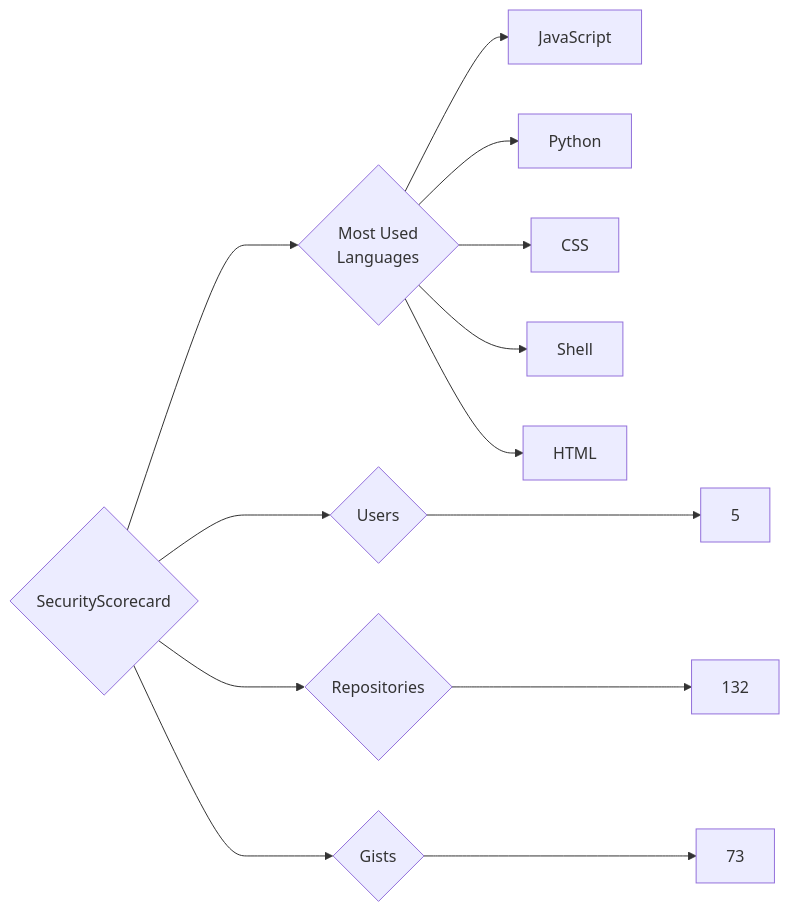
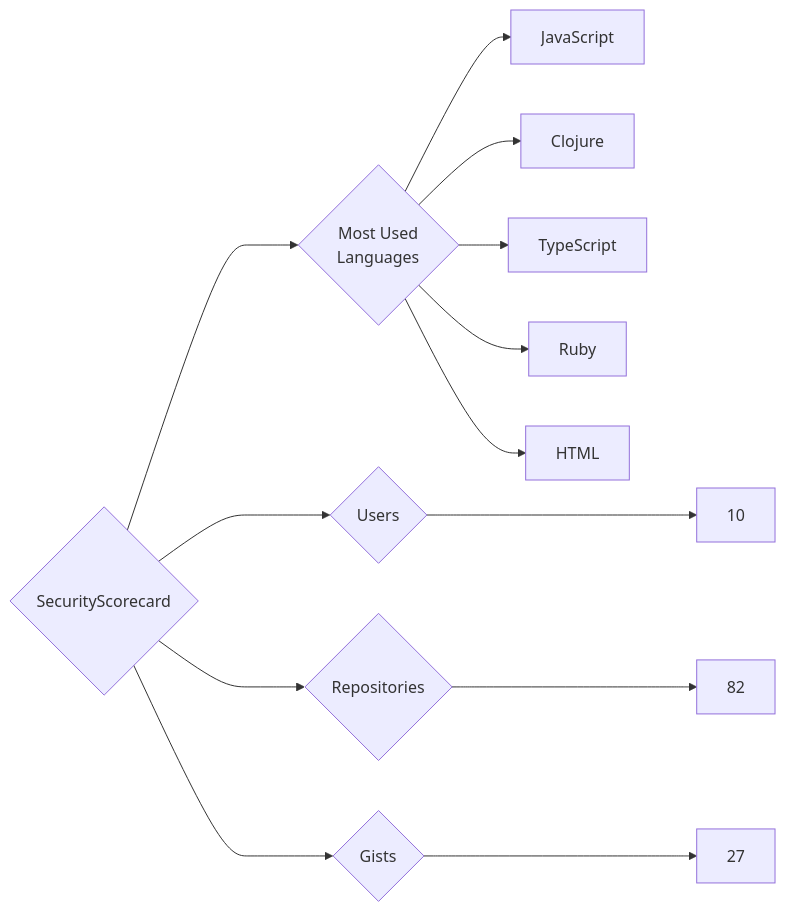
The diagram in targets/SecurityScorecard/README.md (trickest/insiders), drawn with Mermaid before and after one commit. The commit also changed 597 other files, not shown here.

````diff
--- a/targets/SecurityScorecard/README.md
+++ b/targets/SecurityScorecard/README.md
@@ -3,13 +3,13 @@
 ```mermaid
 graph LR
 COMPANY_NAME{SecurityScorecard}
-COMPANY_NAME ---> U{Users} ---> UN[5]
-COMPANY_NAME ---> R{Repositories} ---> RN[132]
-COMPANY_NAME ---> G{Gists} ---> GN[73]
+COMPANY_NAME ---> U{Users} ---> UN[10]
+COMPANY_NAME ---> R{Repositories} ---> RN[82]
+COMPANY_NAME ---> G{Gists} ---> GN[27]
 COMPANY_NAME ---> ML{Most Used<br>Languages}
 ML --> JavaScript[JavaScript]
-ML --> Python[Python]
-ML --> CSS[CSS]
-ML --> Shell[Shell]
+ML --> Clojure[Clojure]
+ML --> TypeScript[TypeScript]
+ML --> Ruby[Ruby]
 ML --> HTML[HTML]
 ```
````
